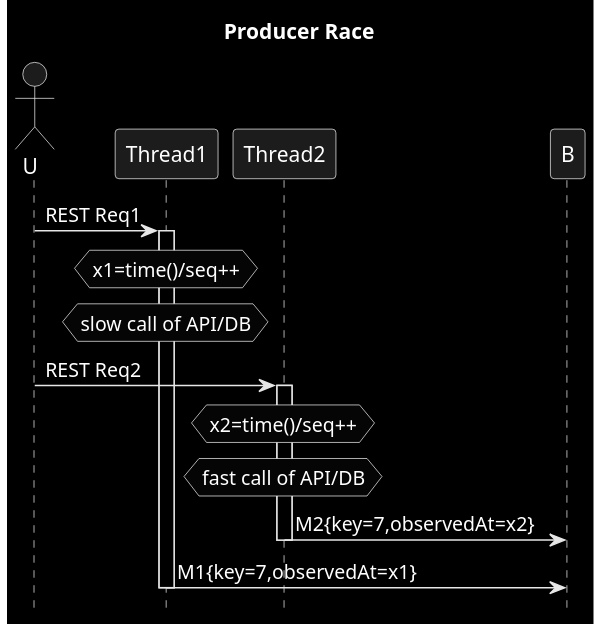
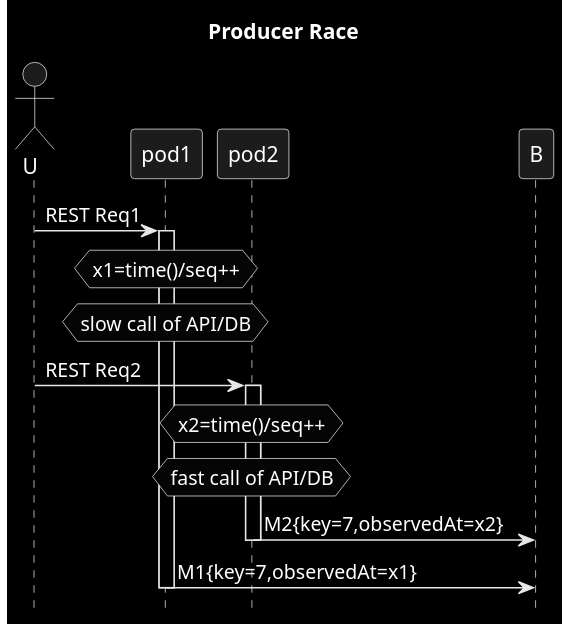
The diagram in patterns/2b_out_of_order_p.puml (victorrentea/kafka), drawn with PlantUML before and after one commit.

Commit message:
2 machines

```diff
--- a/patterns/2b_out_of_order_p.puml
+++ b/patterns/2b_out_of_order_p.puml
@@ -1,19 +1,19 @@
 @startuml
 title Producer Race
 hide footbox
 skinparam monochrome reverse
 actor U
 
-U->Thread1: REST Req1
-activate Thread1
-hnote over Thread1: x1=time()/seq++
-hnote over Thread1: slow call of API/DB
-U->Thread2: REST Req2
-activate Thread2
-hnote over Thread2: x2=time()/seq++
-hnote over Thread2: fast call of API/DB
-Thread2->B: M2{key=7,observedAt=x2}
-deactivate Thread2
-Thread1->B: M1{key=7,observedAt=x1}
-deactivate Thread1
+U->pod1: REST Req1
+activate pod1
+hnote over pod1: x1=time()/seq++
+hnote over pod1: slow call of API/DB
+U->pod2: REST Req2
+activate pod2
+hnote over pod2: x2=time()/seq++
+hnote over pod2: fast call of API/DB
+pod2->B: M2{key=7,observedAt=x2}
+deactivate pod2
+pod1->B: M1{key=7,observedAt=x1}
+deactivate pod1
 @enduml
```
